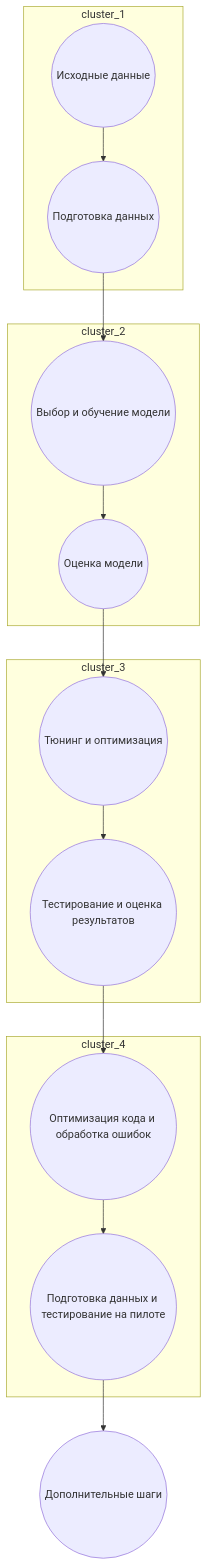
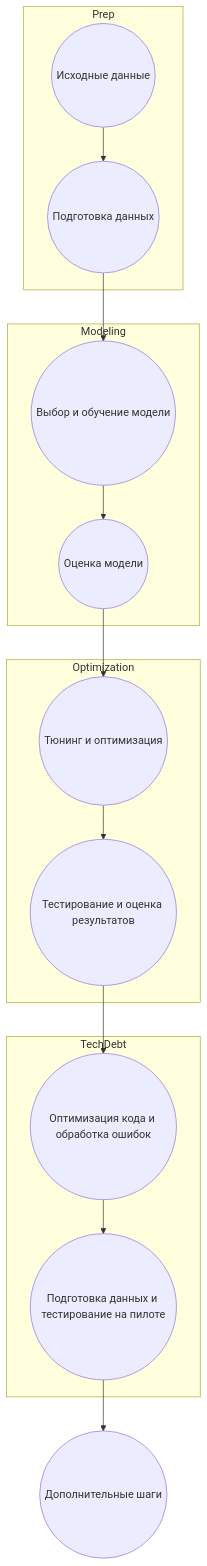
One commit to yliasolom/Behavioral-biometrics changed the diagram in designdoc.md. Above: the diagram before and after it, drawn with Mermaid.

````diff
--- a/designdoc.md
+++ b/designdoc.md
@@ -103,35 +103,34 @@
 ```mermaid
 flowchart TB
 
-subgraph cluster_1
+subgraph Prep
   A((Исходные данные))
   B((Подготовка данных))
   A --> B
 end
 
-subgraph cluster_2
+subgraph Modeling
   C((Выбор и обучение модели))
   D((Оценка модели))
   C --> D
 end
 
-subgraph cluster_3
+subgraph Optimization
   E((Тюнинг и оптимизация))
   F((Тестирование и оценка результатов))
   E --> F
 end
 
-subgraph cluster_4
+subgraph TechDebt
   G((Оптимизация кода и обработка ошибок))
   H((Подготовка данных и тестирование на пилоте))
   G --> H
 end
 
 I((Дополнительные шаги))
 
 B --> C
 D --> E
 F --> G
 H --> I
-
 ```
````
